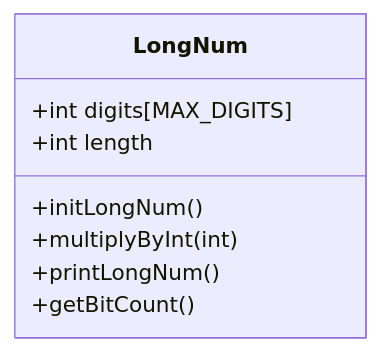
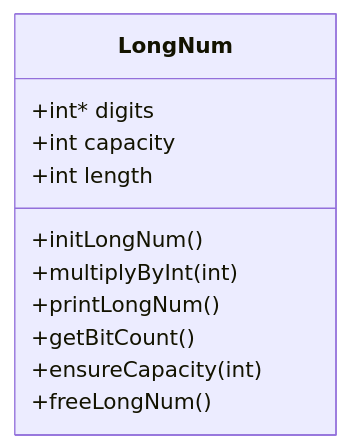
Before and after one commit to ivanoskov/long-number-implementation: the first of 2 diagrams in README.md, drawn with Mermaid. The commit also changed other lines of this file and 5 other files, not shown here.

````diff
--- a/README.md
+++ b/README.md
@@ -34,11 +43,14 @@
 ```mermaid
 classDiagram
     class LongNum {
-        +int digits[MAX_DIGITS]
+        +int* digits
+        +int capacity
         +int length
         +initLongNum()
         +multiplyByInt(int)
         +printLongNum()
         +getBitCount()
+        +ensureCapacity(int)
+        +freeLongNum()
     }
 ```
````
